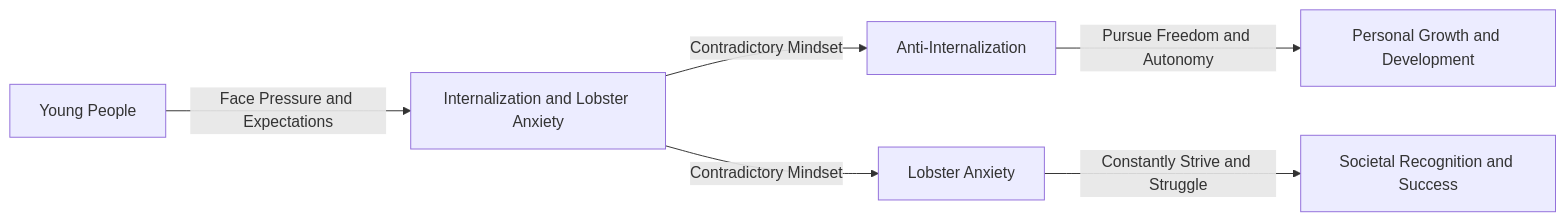
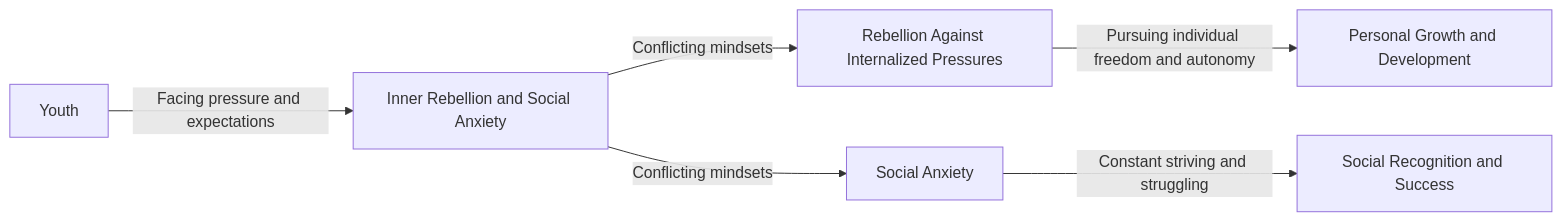
One commit to a920604a/engineernews changed the diagram in src/content/posts/learning/2026-04-26-NkvFy3GCCBo.en.md. Above: the diagram before and after it, drawn with Mermaid. The commit also changed other lines of this file and 49 other files, not shown here.

````diff
--- a/src/content/posts/learning/2026-04-26-NkvFy3GCCBo.en.md
+++ b/src/content/posts/learning/2026-04-26-NkvFy3GCCBo.en.md
@@ -28,8 +25,8 @@
 ```mermaid
 graph LR
-    A[Young People] -->|"Face Pressure and Expectations"| B[Internalization and Lobster Anxiety]
-    B -->|"Contradictory Mindset"| C[Anti-Internalization]
-    B -->|"Contradictory Mindset"| D[Lobster Anxiety]
-    C -->|"Pursue Freedom and Autonomy"| E[Personal Growth and Development]
-    D -->|"Constantly Strive and Struggle"| F[Societal Recognition and Success]
+    A[Youth] -->|"Facing pressure and expectations"| B[Inner Rebellion and Social Anxiety]
+    B -->|"Conflicting mindsets"| C[Rebellion Against Internalized Pressures]
+    B -->|"Conflicting mindsets"| D[Social Anxiety]
+    C -->|"Pursuing individual freedom and autonomy"| E[Personal Growth and Development]
+    D -->|"Constant striving and struggling"| F[Social Recognition and Success]
 ```
````
